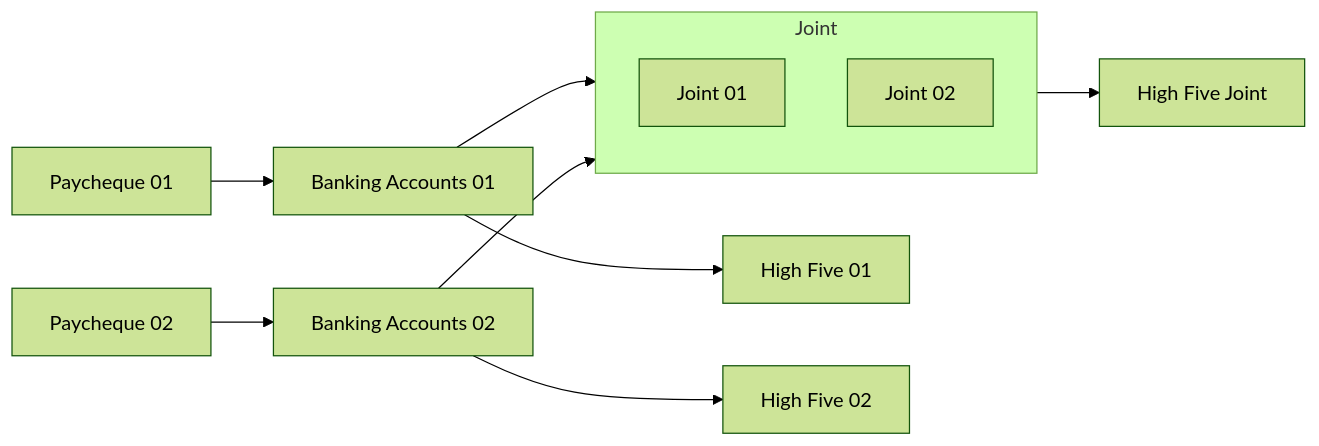
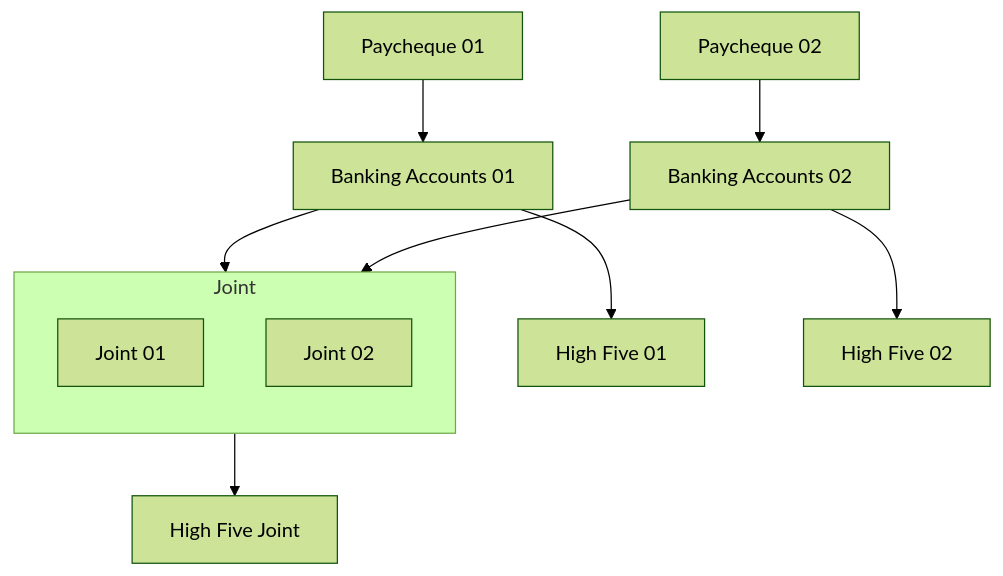
Before and after one commit to ksewlochan/Sewlochan: the second of 2 diagrams in 02_FinancialLiteracy/02b_FinancialLiteracy_HighFiveBanking.md, drawn with Mermaid (forest theme).

Commit message:
Changed Joint Accounts graph to top down

````diff
--- a/02_FinancialLiteracy/02b_FinancialLiteracy_HighFiveBanking.md
+++ b/02_FinancialLiteracy/02b_FinancialLiteracy_HighFiveBanking.md
@@ -119,19 +119,19 @@
 ``` mermaid
-	flowchart LR
+	flowchart TD
 		Paycheque01["Paycheque 01"] --> BankAccount01["Banking Accounts 01"]
 		BankAccount01 --> HighFive01["High Five 01"]
 		
 		Paycheque02["Paycheque 02"] --> BankAccount02["Banking Accounts 02"]
 		BankAccount02 --> HighFive02["High Five 02"]
 		
 		subgraph Joint["Joint"]
 			direction TD
 			Joint01["Joint 01"]
 			Joint02["Joint 02"]
 		end
 		
 		BankAccount01 --> Joint01
 		BankAccount02 --> Joint02
 		
 		Joint --> HighFive["High Five Joint"]
 ```
````
